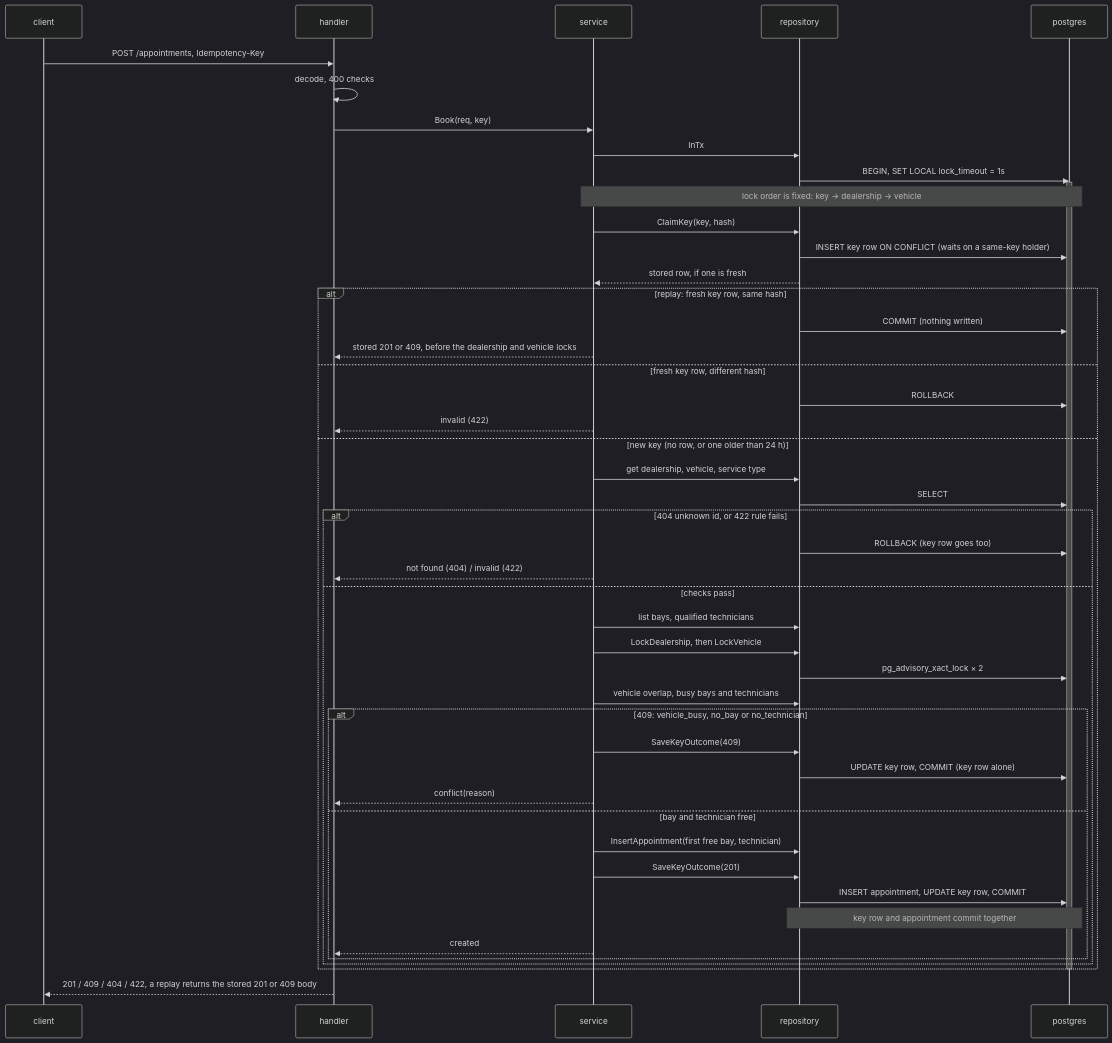
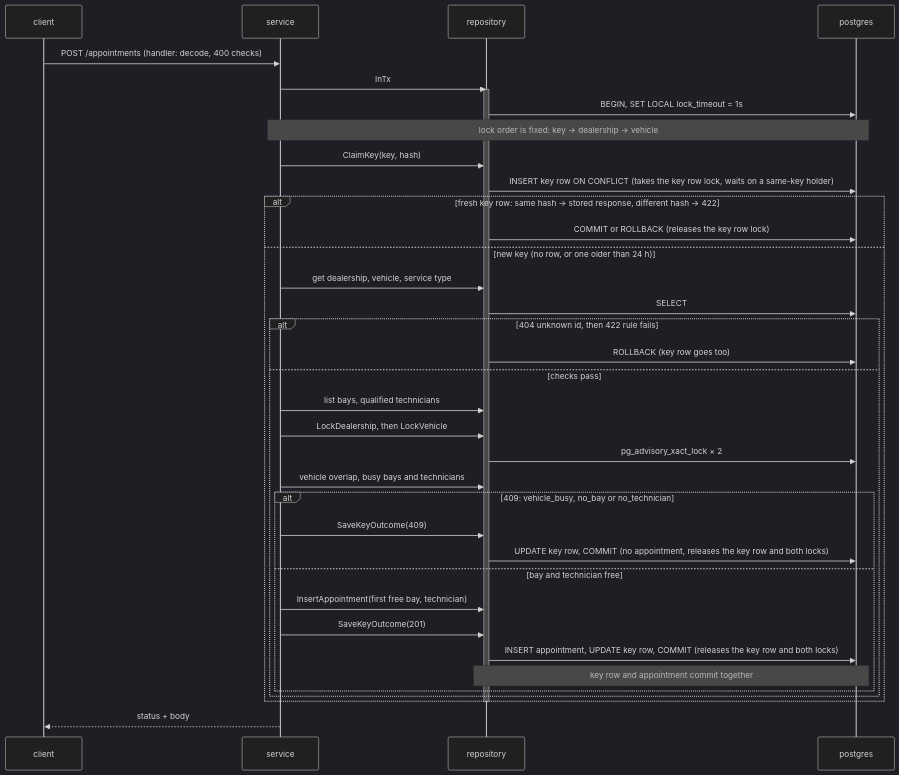
Before and after one commit to vumanhcuongit/service-bay-scheduler: the second of 2 diagrams in docs/design.md, drawn with Mermaid (dark theme). The commit also changed other lines of this file, not shown here.

Commit message:
docs: booking sequence diagram, corrected and simplified

````diff
--- a/docs/design.md
+++ b/docs/design.md
@@ -93,51 +93,40 @@
 ```mermaid
 sequenceDiagram
     participant C as client
-    participant H as handler
     participant S as service
     participant R as repository
     participant P as postgres
 
-    C->>H: POST /appointments, Idempotency-Key
-    H->>H: decode, 400 checks
-    H->>S: Book(req, key)
+    C->>S: POST /appointments (handler: decode, 400 checks)
     S->>R: InTx
+    activate R
     R->>P: BEGIN, SET LOCAL lock_timeout = 1s
-    activate P
     Note over S,P: lock order is fixed: key → dealership → vehicle
     S->>R: ClaimKey(key, hash)
-    R->>P: INSERT key row ON CONFLICT (waits on a same-key holder)
-    R-->>S: stored row, if one is fresh
-    alt replay: fresh key row, same hash
-        R->>P: COMMIT (nothing written)
-        S-->>H: stored 201 or 409, before the dealership and vehicle locks
-    else fresh key row, different hash
-        R->>P: ROLLBACK
-        S-->>H: invalid (422)
+    R->>P: INSERT key row ON CONFLICT (takes the key row lock, waits on a same-key holder)
+    alt fresh key row: same hash → stored response, different hash → 422
+        R->>P: COMMIT or ROLLBACK (releases the key row lock)
     else new key (no row, or one older than 24 h)
         S->>R: get dealership, vehicle, service type
         R->>P: SELECT
-        alt 404 unknown id, or 422 rule fails
+        alt 404 unknown id, then 422 rule fails
             R->>P: ROLLBACK (key row goes too)
-            S-->>H: not found (404) / invalid (422)
         else checks pass
             S->>R: list bays, qualified technicians
             S->>R: LockDealership, then LockVehicle
             R->>P: pg_advisory_xact_lock × 2
             S->>R: vehicle overlap, busy bays and technicians
             alt 409: vehicle_busy, no_bay or no_technician
                 S->>R: SaveKeyOutcome(409)
-                R->>P: UPDATE key row, COMMIT (key row alone)
-                S-->>H: conflict(reason)
+                R->>P: UPDATE key row, COMMIT (no appointment, releases the key row and both locks)
             else bay and technician free
                 S->>R: InsertAppointment(first free bay, technician)
                 S->>R: SaveKeyOutcome(201)
-                R->>P: INSERT appointment, UPDATE key row, COMMIT
+                R->>P: INSERT appointment, UPDATE key row, COMMIT (releases the key row and both locks)
                 Note over R,P: key row and appointment commit together
-                S-->>H: created
             end
         end
     end
-    deactivate P
-    H-->>C: 201 / 409 / 404 / 422, a replay returns the stored 201 or 409 body
+    deactivate R
+    S-->>C: status + body
 ```
````
